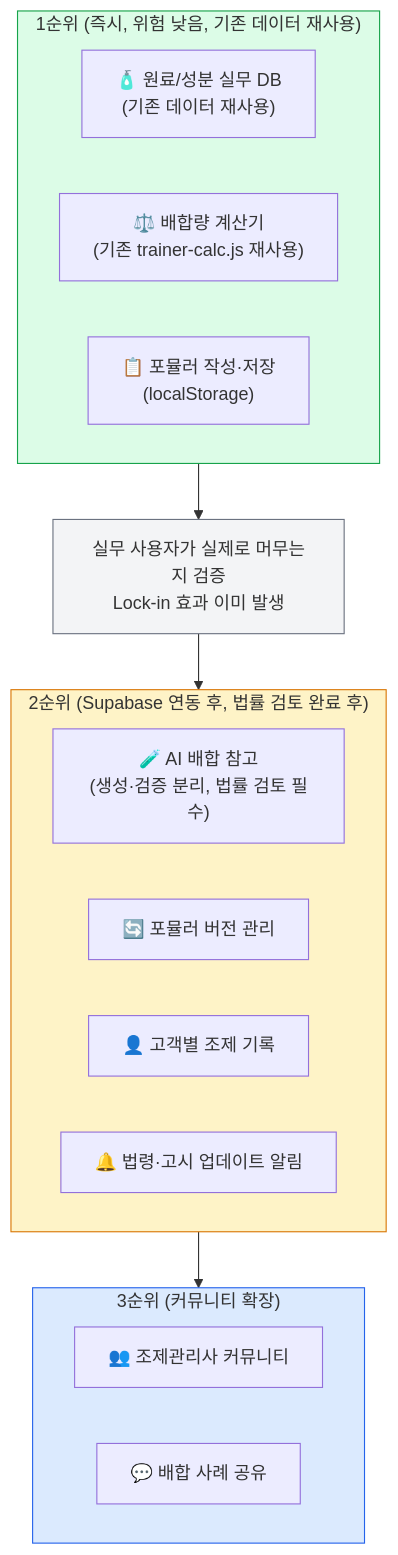
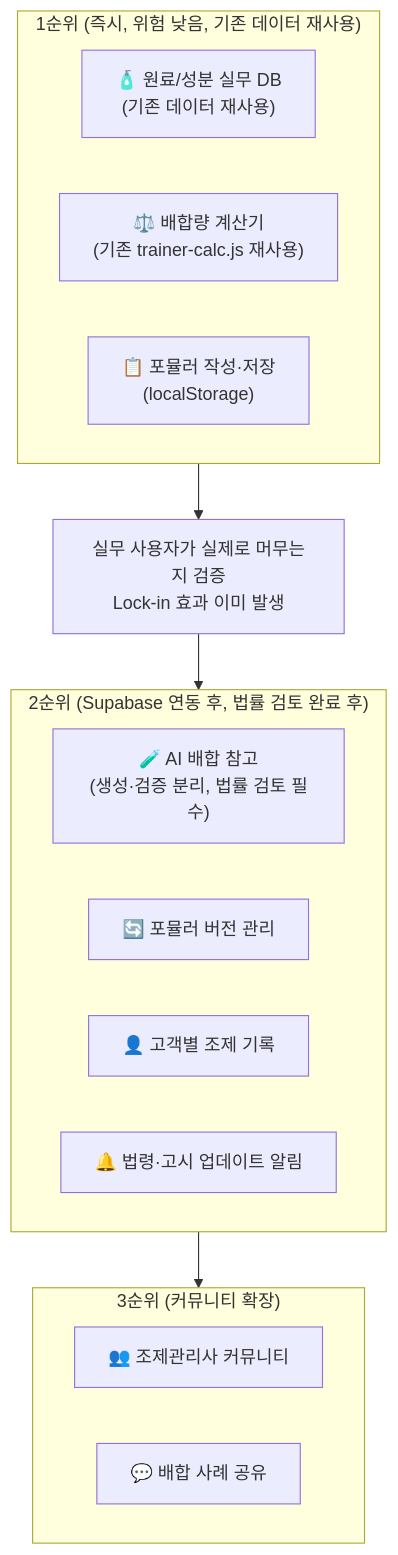
One commit to skygoldlee-cyber/Personalized_Skincare changed the ninth of 10 diagrams in docs/dev/PASS_TO_PRACTICE_STRATEGY.md. Above: the diagram before and after it, drawn with Mermaid. The commit also changed other lines of this file and 1 other file, not shown here.

First line of the commit message:
docs: Mermaid 다크모드 대비 문제 해결 — style 지시자 제거

````diff
--- a/docs/dev/PASS_TO_PRACTICE_STRATEGY.md
+++ b/docs/dev/PASS_TO_PRACTICE_STRATEGY.md
@@ -872,26 +855,22 @@
 ```mermaid
 flowchart TD
     subgraph P1 ["1순위 (즉시, 위험 낮음, 기존 데이터 재사용)"]
         P1A["🧴 원료/성분 실무 DB<br/>(기존 데이터 재사용)"]
         P1B["⚖️ 배합량 계산기<br/>(기존 trainer-calc.js 재사용)"]
         P1C["📋 포뮬러 작성·저장<br/>(localStorage)"]
     end
     P1 --> V1["실무 사용자가 실제로 머무는지 검증<br/>Lock-in 효과 이미 발생"]
     V1 --> P2
     subgraph P2 ["2순위 (Supabase 연동 후, 법률 검토 완료 후)"]
         P2A["🧪 AI 배합 참고<br/>(생성·검증 분리, 법률 검토 필수)"]
         P2B["🔄 포뮬러 버전 관리"]
         P2C["👤 고객별 조제 기록"]
         P2D["🔔 법령·고시 업데이트 알림"]
     end
     P2 --> P3
     subgraph P3 ["3순위 (커뮤니티 확장)"]
         P3A["👥 조제관리사 커뮤니티"]
         P3B["💬 배합 사례 공유"]
     end
 
-    style P1 fill:#dcfce7,stroke:#16a34a
-    style P2 fill:#fef3c7,stroke:#d97706
-    style P3 fill:#dbeafe,stroke:#2563eb
-    style V1 fill:#f3f4f6,stroke:#6b7280
 ```
````
